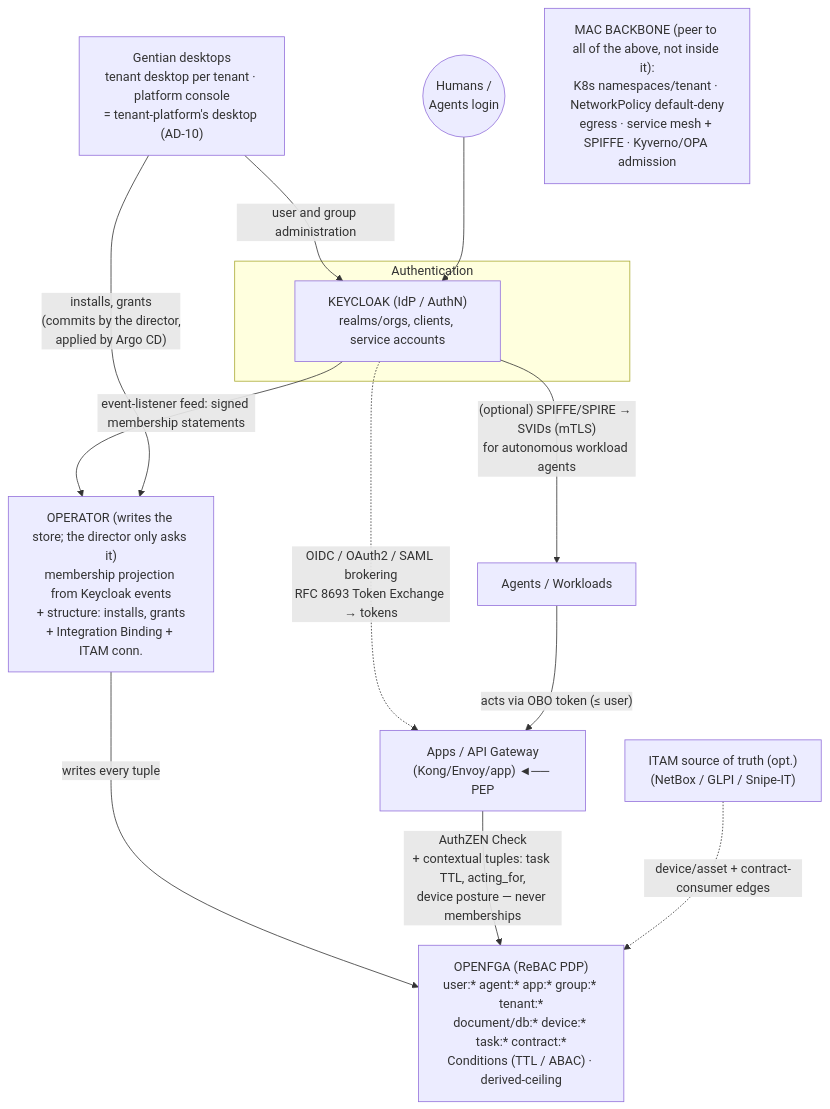
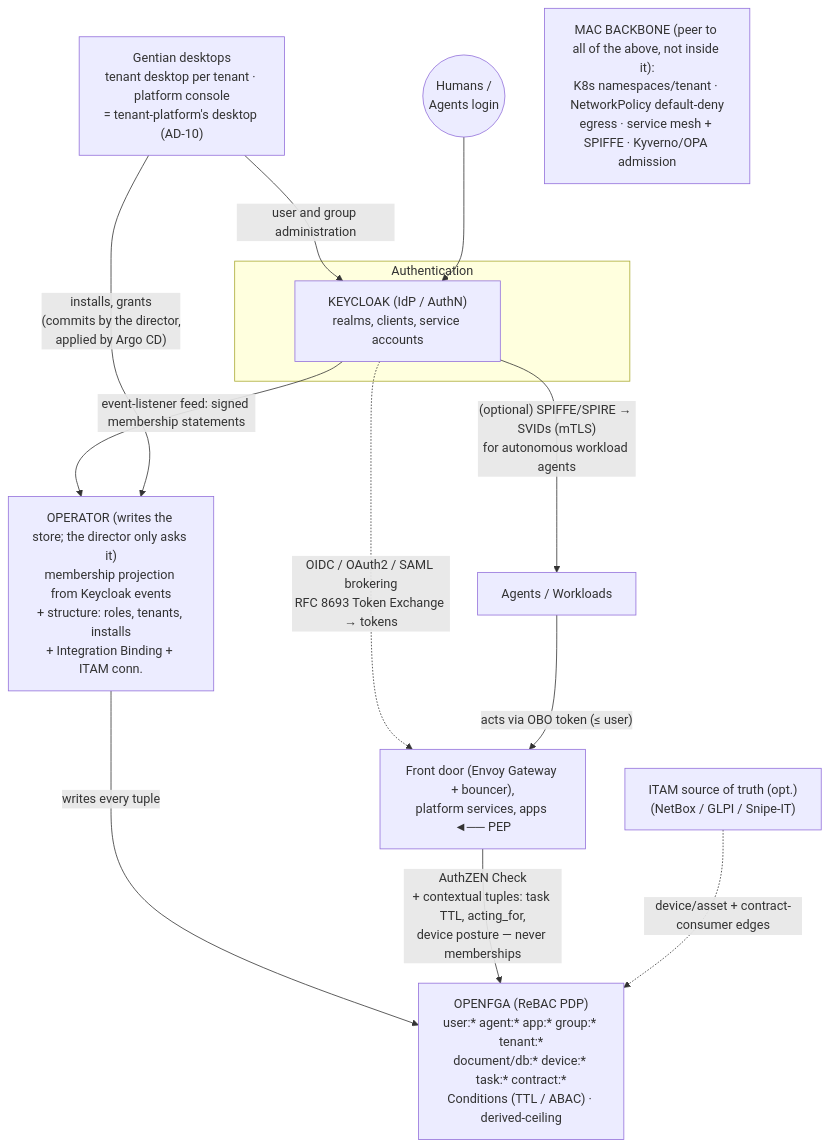
Before and after one commit to gentian-org/gentian-os: the first of 3 diagrams in docs/design/security.md, drawn with Mermaid. The commit also changed other lines of this file and 27 other files, not shown here.

````diff
--- a/docs/design/security.md
+++ b/docs/design/security.md
@@ -801,36 +804,36 @@
 ```mermaid
 flowchart TD
     Shell["Gentian desktops<br>tenant desktop per tenant · platform console<br>= tenant-platform's desktop (AD-10)"]
     
     Users(("Humans /<br>Agents login"))
     
     subgraph Identity ["Authentication"]
-        Keycloak["KEYCLOAK (IdP / AuthN)<br>realms/orgs, clients, service accounts"]
+        Keycloak["KEYCLOAK (IdP / AuthN)<br>realms, clients, service accounts"]
     end
     
-    Director["OPERATOR (writes the store; the director only asks it)<br>membership projection from Keycloak events<br>+ structure: installs, grants<br>+ Integration Binding + ITAM conn."]
+    Director["OPERATOR (writes the store; the director only asks it)<br>membership projection from Keycloak events<br>+ structure: roles, tenants, installs<br>+ Integration Binding + ITAM conn."]
     
     AgentsWorkloads["Agents / Workloads"]
-    Apps["Apps / API Gateway<br>(Kong/Envoy/app) ◄── PEP"]
+    Apps["Front door (Envoy Gateway + bouncer),<br>platform services, apps ◄── PEP"]
     
     OpenFGA["OPENFGA (ReBAC PDP)<br>user:* agent:* app:* group:* tenant:*<br>document/db:* device:* task:* contract:*<br>Conditions (TTL / ABAC) · derived-ceiling"]
     
     ITAM["ITAM source of truth (opt.)<br>(NetBox / GLPI / Snipe-IT)"]
     
     MAC["MAC BACKBONE (peer to all of the above, not inside it):<br>K8s namespaces/tenant · NetworkPolicy default-deny<br>egress · service mesh + SPIFFE · Kyverno/OPA admission"]
     
     Shell -->|"user and group administration"| Keycloak
     Users --> Keycloak
     Keycloak -.->|"OIDC / OAuth2 / SAML brokering<br>RFC 8693 Token Exchange → tokens"| Apps
     
     Keycloak -->|"event-listener feed: signed membership statements"| Director
     Keycloak -->|"(optional) SPIFFE/SPIRE → SVIDs (mTLS)<br>for autonomous workload agents"| AgentsWorkloads
     
     AgentsWorkloads -->|"acts via OBO token (≤ user)"| Apps
     
     Shell -->|"installs, grants<br>(commits by the director,<br>applied by Argo CD)"| Director
     Director -->|"writes every tuple"| OpenFGA
     Apps -->|"AuthZEN Check<br>+ contextual tuples: task TTL, acting_for,<br>device posture — never memberships"| OpenFGA
     
     ITAM -.->|"device/asset + contract-consumer edges"| OpenFGA
 ```
````
